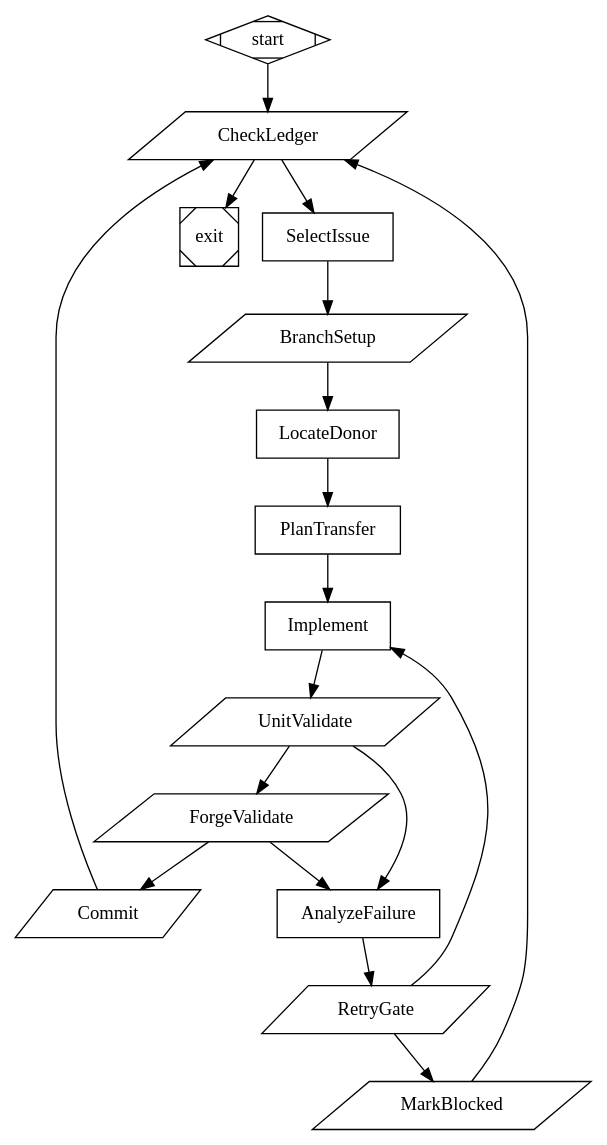
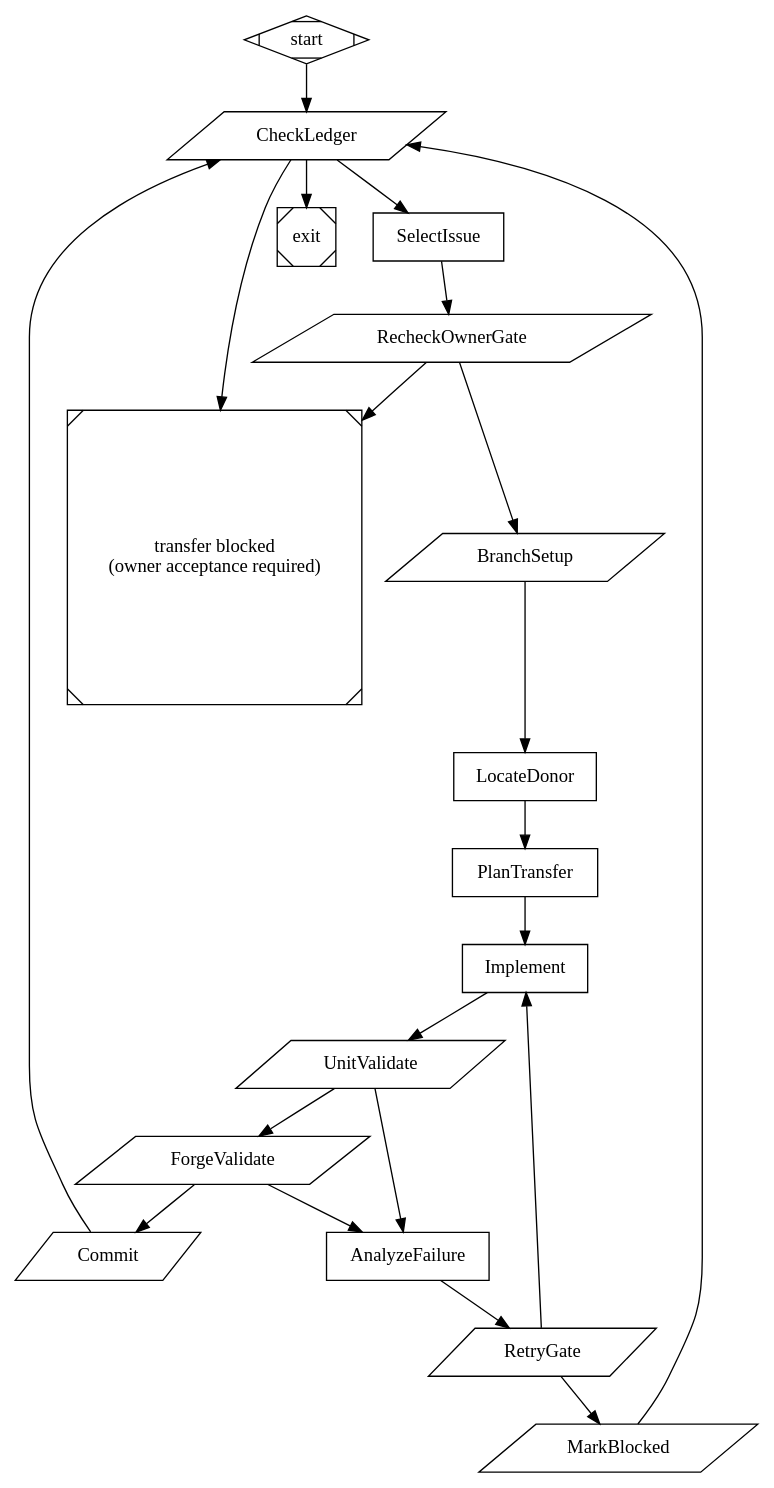
The diagram in pipelines/gene-transfer.dot (michaeljabbour/amplifier-app-newtui), drawn with Graphviz before and after one commit. The commit also changed 219 other files, not shown here.

```diff
--- a/pipelines/gene-transfer.dot
+++ b/pipelines/gene-transfer.dot
@@ -1,99 +1,108 @@
 // Gene-transfer pipeline: port amplifier-app-cli capabilities into amplifier-app-tui.
 //
 // Model: attractor loop-pipeline (Graphviz DOT). Each `box` node is an LLM agent with
 // file/bash tools; each `parallelogram` is a deterministic tool node whose LAST printed
 // line drives edge routing (context.tool.last_line). One ledger issue per loop.
 //
 // Modeled on the shipped `semport.dot` fixture (Strategy SF — "Skip the Format": agent
 // edits files directly, a downstream tool gate validates via exit code, no intermediate
 // format). See pipelines/README.md for the launch runbook and guardrails.
 //
 // MODELS: nodes use claude-opus-4-8 (verified working in this env; claude-fable-5's
 //   dual-use safety measures refuse autonomous self-porting work). Change to match your
 //   configured providers, or route the Implement node to openai/gpt-5.x-codex if you prefer.
 // PATHS: passed at launch via the launcher bundle's orchestrator params
 //   (donor_path, tui_path, forge_tool) — see pipelines/gene-transfer.bundle.md.
 
 digraph gene_transfer {
     graph [
         goal="Port each amplifier-app-cli construct in pipelines/ledger.tsv into amplifier-app-tui as a GENE TRANSFER: re-express the CAPABILITY through tui's own seams, never a code graft. HARD RULES (ADR-0007): the kernel package is the ONLY layer that may import amplifier-core/amplifier-foundation; ui/ and commands/ never touch amplifier-core; pure renderers are golden-tested in the same commit. NEVER import, vendor, or copy from amplifier-app-cli — reuse amplifier foundation/core primitives instead (amplifier-native first). One ledger issue per loop; done when no 'new' rows remain.",
         default_fidelity="truncate",
         default_thread_id="gene-transfer",
         default_max_retry="3"
     ]
 
     start [shape=Mdiamond]
 
     // --- loop head: is there work left? (deterministic) ---
     CheckLedger [shape=parallelogram,
-        tool_command="cd $tui_path && test \"$(python3 pipelines/ledger.py earliest)\" = NONE && printf done || printf process"]
+        tool_command="cd $tui_path && result=$(python3 pipelines/ledger.py earliest-transferable 2>&1); case \"$result\" in NONE) printf done;; BLOCKED*) printf '%s\\nblocked' \"$result\";; *) printf process;; esac"]
 
     // --- pick the earliest 'new' issue, capture its acceptance criteria ---
     SelectIssue [shape=box, llm_provider="anthropic", llm_model="claude-opus-4-8",
-        prompt="Run `python3 pipelines/ledger.py earliest` in $tui_path — it prints '<issue> <slug>'. Read that GitHub issue: `gh issue view <issue> -R michaeljabbour/amplifier-app-tui`. Write TWO files under $tui_path/.ai/: (1) gt_current.md — issue number, slug, a one-paragraph capability summary, and the issue's Acceptance section VERBATIM; (2) gt_current.env — exactly two lines `ISSUE=<issue>` and `SLUG=<slug>`. Reset the retry counter: delete .ai/gt_retries if present. $goal"]
+        prompt="Run `python3 pipelines/ledger.py earliest-transferable` in $tui_path — it prints '<issue> <slug>' only after the transfer boundary has checked its provenance and effective owner disposition. Read that GitHub issue: `gh issue view <issue> -R michaeljabbour/amplifier-app-tui`. Write TWO files under $tui_path/.ai/: (1) gt_current.md — issue number, slug, a one-paragraph capability summary, and the issue's Acceptance section VERBATIM; (2) gt_current.env — exactly two lines `ISSUE=<issue>` and `SLUG=<slug>`. Reset the retry counter: delete .ai/gt_retries if present. $goal"]
+
+    // Recheck after selection and immediately before the first code-changing
+    // node. This closes both direct-ledger bypasses and selection/gate races.
+    RecheckOwnerGate [shape=parallelogram,
+        tool_command="cd $tui_path && set -a && . .ai/gt_current.env && set +a && python3 pipelines/ledger.py gate-transfer \"$ISSUE\" >/tmp/gt_owner_gate 2>&1 && printf proceed || { cat /tmp/gt_owner_gate 2>/dev/null; printf blocked; }"]
 
     // --- fresh per-issue branch off main (deterministic) ---
     BranchSetup [shape=parallelogram,
         tool_command="cd $tui_path && set -a && . .ai/gt_current.env && set +a && rm -f .ai/gt_retries && git stash -q --include-untracked -- ':!.ai' 2>/dev/null; git checkout -q main && git pull -q --ff-only 2>/dev/null; git checkout -q -B gene-transfer/$SLUG && printf ready"]
 
     // --- find the donor construct WITHOUT copying it ---
     LocateDonor [shape=box, llm_provider="anthropic", llm_model="claude-opus-4-8",
         prompt="Read $tui_path/.ai/gt_current.md. In the donor repo at $donor_path (amplifier-app-cli, microsoft), locate the construct(s) implementing this capability — command modules, hooks, foundation calls, tests. Record file:symbol references and the BEHAVIORAL CONTRACT (inputs, outputs, settings keys, edge cases) in $tui_path/.ai/gt_donor.md. Do NOT copy source — you are documenting the gene, not grafting the organ. $goal"]
 
     // --- design the port through tui's seams + author the forge probe ---
     PlanTransfer [shape=box, llm_provider="anthropic", llm_model="claude-opus-4-8",
         prompt="Read .ai/gt_current.md, .ai/gt_donor.md, docs/ARCHITECTURE.md and docs/decisions/ADR-0007-*. Design how to re-express this capability through tui's layering WITHOUT importing amplifier-app-cli: name the exact kernel/model/ui/commands files to change, which amplifier-core/foundation primitives to reuse, and the tests (and goldens, if renderer-touching) to add. Write the plan to .ai/gt_plan.md. THEN author an issue-specific acceptance probe to .ai/gt_forge_check.sh: a bash script using the forge helper at $forge_tool (env $FORGE) that boots the real TUI (`python3 \"$FORGE\" new --cols 120 --rows 36 --cwd $tui_path` then drives it) OR runs the new CLI subcommand via `python3 \"$FORGE\" exec`, and asserts the capability from `screen`/`grep`, `exit 0` on success and non-zero otherwise. Derive the assertion from the issue's Acceptance criteria. $goal"]
 
     // --- implement on the branch ---
     Implement [shape=box, llm_provider="anthropic", llm_model="claude-opus-4-8",
         prompt="Read .ai/gt_plan.md (including any appended 'Fix N' sections). Implement it in $tui_path with file tools on the current git branch. Add/extend tests; regenerate goldens if you changed a pure renderer. Keep it ADR-0007-clean: no amplifier-app-cli import, amplifier-core only in kernel/, pure renderers golden-tested. Do NOT run the full suite yourself — the next node does. Append a bullet list of files changed to .ai/gt_impl.log. $goal"]
 
     // --- deterministic gate 1: lint + types + unit suite ---
     UnitValidate [shape=parallelogram,
         tool_command="cd $tui_path && uv run ruff check . >/tmp/gt_lint 2>&1 && uv run pyright src/ >/tmp/gt_types 2>&1 && uv run pytest -q >/tmp/gt_test 2>&1 && printf pass || printf fail"]
 
     // --- deterministic gate 2: capability through the real terminal (forge) ---
     ForgeValidate [shape=parallelogram,
         tool_command="cd $tui_path && export FORGE=$forge_tool && python3 \"$FORGE\" doctor >/tmp/gt_forge_doctor 2>&1 && bash .ai/gt_forge_check.sh >/tmp/gt_forge 2>&1 && printf pass || printf fail"]
 
     // --- diagnose a failing gate and append a concrete fix ---
     AnalyzeFailure [shape=box, llm_provider="anthropic", llm_model="claude-opus-4-8",
         prompt="A validation gate failed. Read /tmp/gt_test, /tmp/gt_lint, /tmp/gt_types, /tmp/gt_forge, /tmp/gt_forge_doctor and .ai/gt_impl.log. Diagnose the root cause and append a numbered 'Fix N' section to .ai/gt_plan.md with concrete, minimal changes. Do not edit source here — Implement will apply the fix. $goal"]
 
     // --- bound the retry loop; give up gracefully after 3 ---
     RetryGate [shape=parallelogram,
         tool_command="cd $tui_path && n=$(cat .ai/gt_retries 2>/dev/null || echo 0); n=$((n+1)); echo $n > .ai/gt_retries; test $n -le 3 && printf retry || printf giveup"]
 
     // --- converged: commit, push, PR, mark implemented, comment the issue ---
     Commit [shape=parallelogram,
         tool_command="cd $tui_path && set -a && . .ai/gt_current.env && set +a && git add -A -- ':!.ai' && git commit -q -m \"feat: gene-transfer $SLUG (#$ISSUE)\" && git push -q -u origin HEAD && gh pr create --fill --base main --head gene-transfer/$SLUG --label gene-transfer >/tmp/gt_pr 2>&1; python3 pipelines/ledger.py update $ISSUE implemented >/dev/null && gh issue comment $ISSUE -b \"Ported via the gene-transfer attractor pipeline; unit + forge gates green. PR: $(cat /tmp/gt_pr | tail -1)\" >/dev/null && printf next"]
 
     // --- could not converge: hand back to a human, keep going ---
     MarkBlocked [shape=parallelogram,
         tool_command="cd $tui_path && set -a && . .ai/gt_current.env && set +a && python3 pipelines/ledger.py update $ISSUE acknowledged >/dev/null && gh issue comment $ISSUE -b \"Auto gene-transfer could not converge after 3 attempts — needs a human. See branch gene-transfer/$SLUG and .ai/gt_plan.md.\" >/dev/null && git checkout -q main && printf next"]
 
+    owner_gate_blocked [shape=Msquare, label="transfer blocked\n(owner acceptance required)"]
     exit [shape=Msquare]
 
     // --- flow ---
     start -> CheckLedger
     CheckLedger -> exit        [condition="context.tool.last_line=done"]
     CheckLedger -> SelectIssue [condition="context.tool.last_line=process"]
+    CheckLedger -> owner_gate_blocked [condition="context.tool.last_line=blocked"]
 
-    SelectIssue -> BranchSetup
+    SelectIssue -> RecheckOwnerGate
+    RecheckOwnerGate -> BranchSetup [condition="context.tool.last_line=proceed"]
+    RecheckOwnerGate -> owner_gate_blocked [condition="context.tool.last_line=blocked"]
     BranchSetup -> LocateDonor
     LocateDonor -> PlanTransfer
     PlanTransfer -> Implement
     Implement -> UnitValidate
 
     UnitValidate  -> ForgeValidate  [condition="context.tool.last_line=pass"]
     UnitValidate  -> AnalyzeFailure [condition="context.tool.last_line=fail"]
     ForgeValidate -> Commit         [condition="context.tool.last_line=pass"]
     ForgeValidate -> AnalyzeFailure [condition="context.tool.last_line=fail"]
 
     AnalyzeFailure -> RetryGate
     RetryGate -> Implement   [condition="context.tool.last_line=retry"]
     RetryGate -> MarkBlocked [condition="context.tool.last_line=giveup"]
 
     Commit      -> CheckLedger [loop_restart="true"]
     MarkBlocked -> CheckLedger [loop_restart="true"]
 }
```
